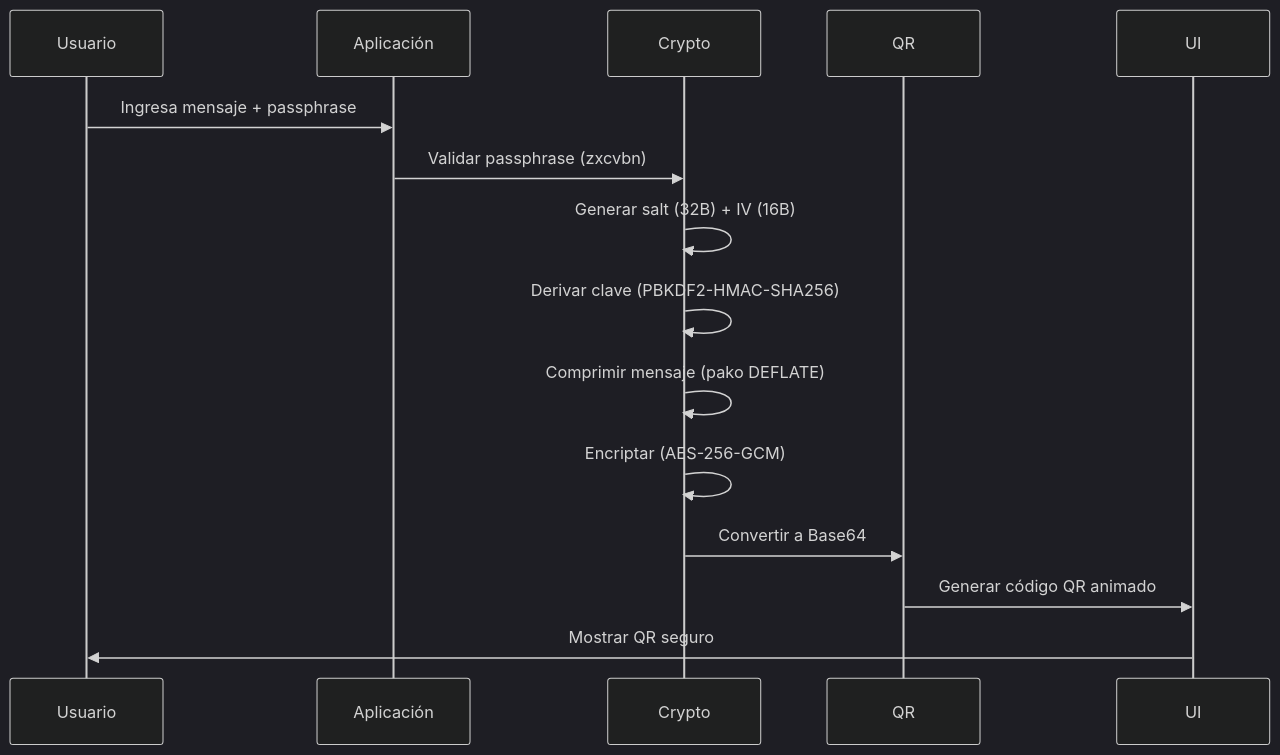
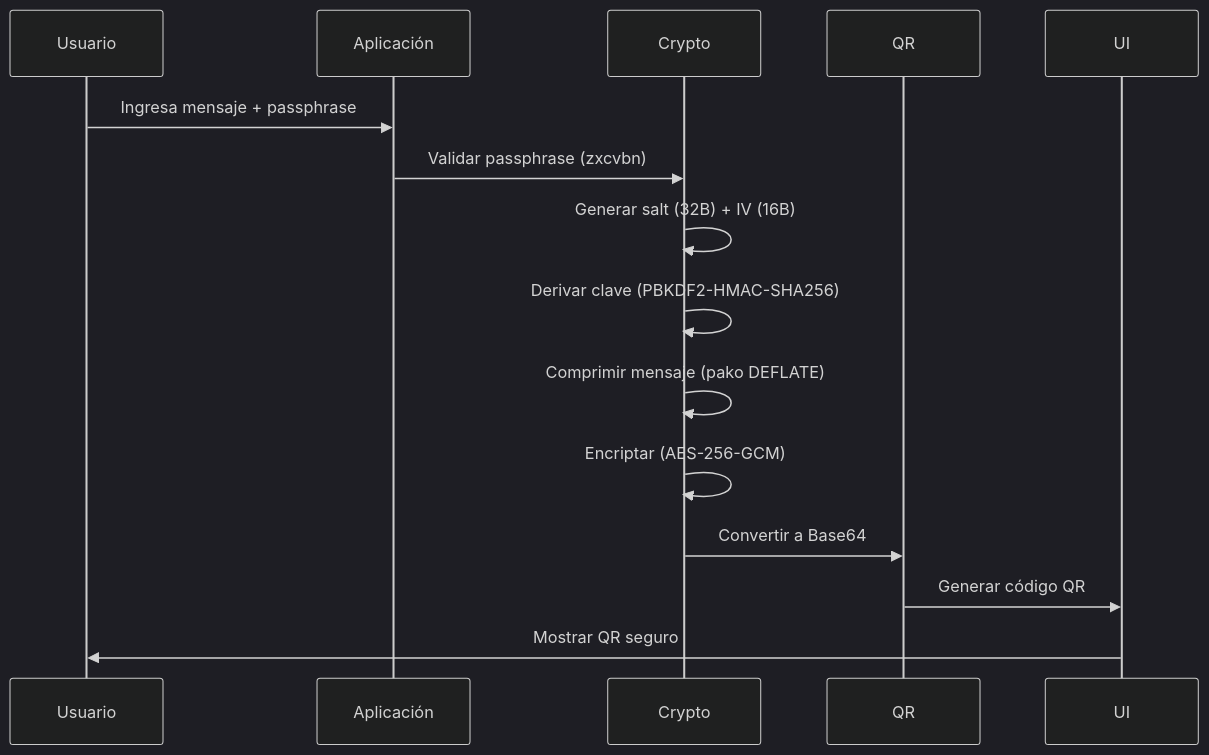
The second of 8 diagrams in README.md (MPetovick/HUSHBOX), drawn with Mermaid (dark theme) before and after one commit. The commit also changed other lines of this file, not shown here.

````diff
--- a/README.md
+++ b/README.md
@@ -49,12 +47,12 @@
 ```mermaid
 sequenceDiagram
     Usuario->>Aplicación: Ingresa mensaje + passphrase
     Aplicación->>Crypto: Validar passphrase (zxcvbn)
     Crypto->>Crypto: Generar salt (32B) + IV (16B)
     Crypto->>Crypto: Derivar clave (PBKDF2-HMAC-SHA256)
     Crypto->>Crypto: Comprimir mensaje (pako DEFLATE)
     Crypto->>Crypto: Encriptar (AES-256-GCM)
     Crypto->>QR: Convertir a Base64
-    QR->>UI: Generar código QR animado
+    QR->>UI: Generar código QR
     UI->>Usuario: Mostrar QR seguro
 ```
````
